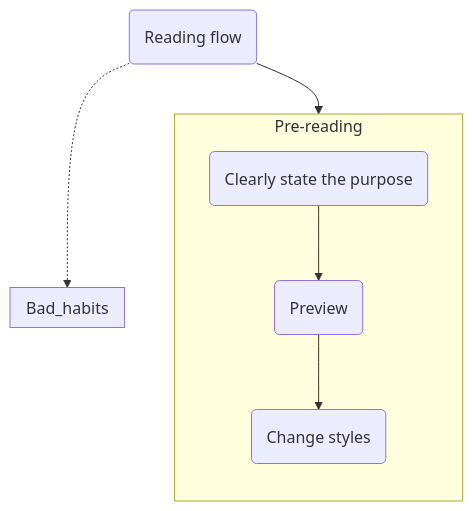
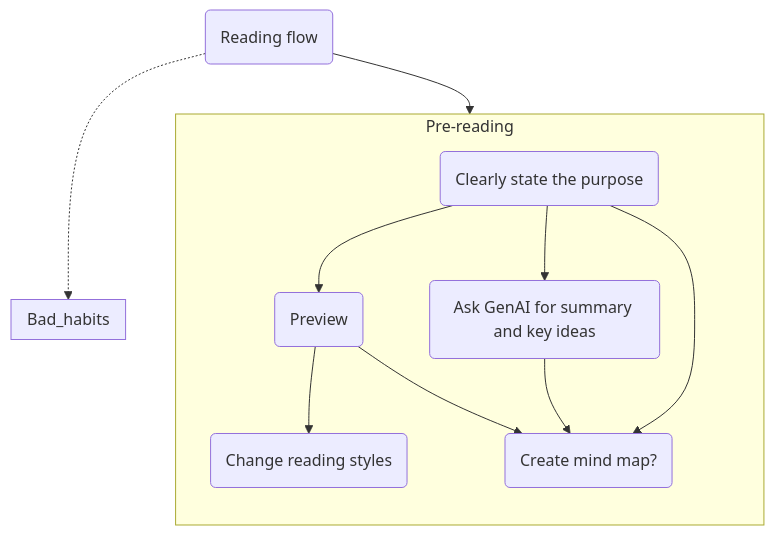
One commit to AlexeyNilov/speed_reading changed the diagram in doc/flow.md. Above: the diagram before and after it, drawn with Mermaid. The commit also changed 1 other file, not shown here.

````diff
--- a/doc/flow.md
+++ b/doc/flow.md
@@ -1,13 +1,17 @@
 ```mermaid
 flowchart TB
     subgraph Pre-reading
         direction TB
-        B(Clearly state the purpose) --> C(Preview)
-        C --> D(Change styles)
+        P1(Clearly state the purpose) --> P2(Preview)
+        P2 --> P3(Change reading styles)
+        P1 --> P4(Ask GenAI for summary and key ideas)
+        P1 --> P5(Create mind map?)
+        P2 --> P5
+        P4 --> P5
     end
     subgraph Bad_habits
         direction TB
     end
     A(Reading flow) --> Pre-reading
     A -.-> Bad_habits
 ```
````
